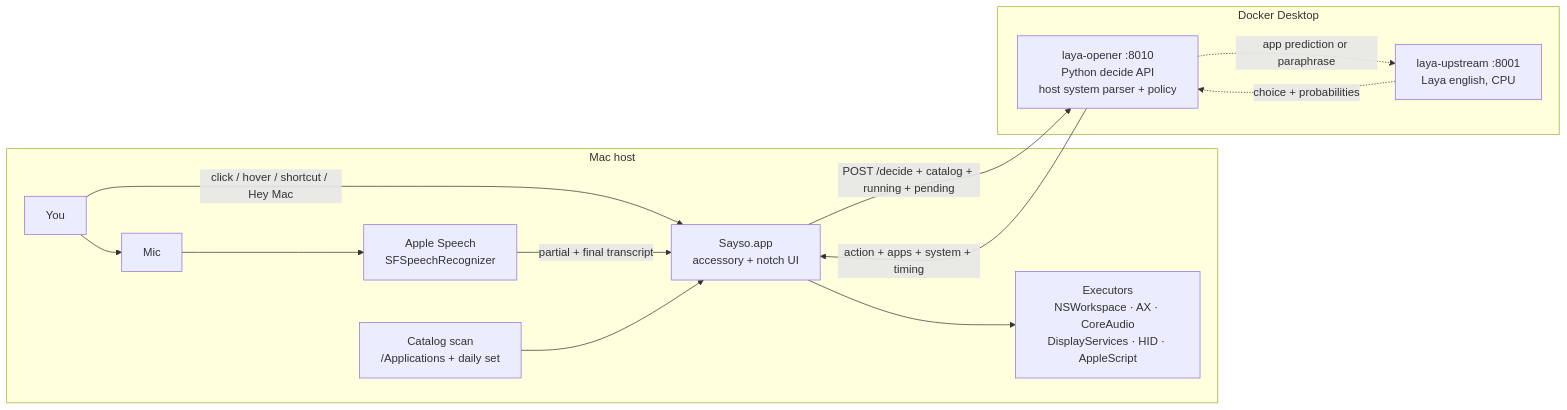
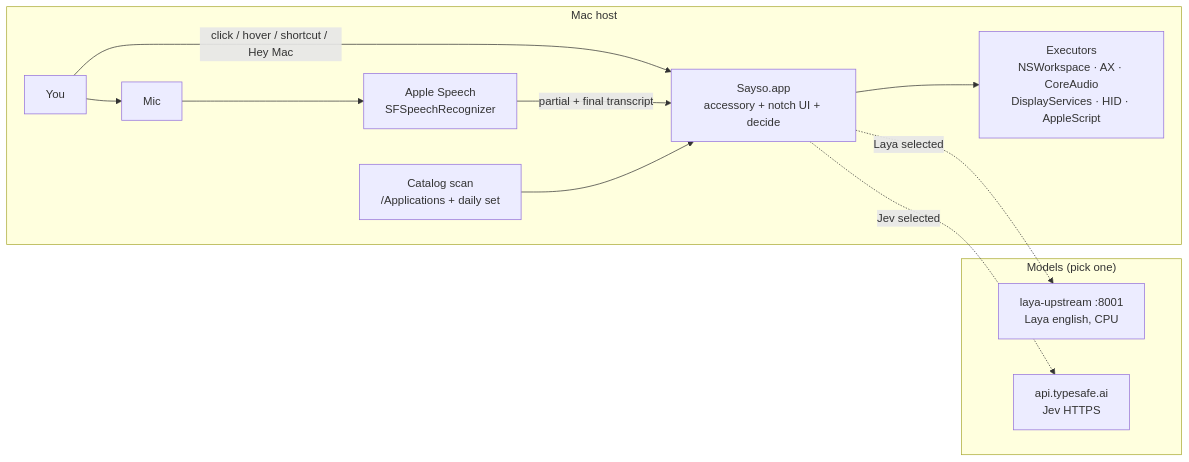
The first of 2 diagrams in docs/how-it-works.md (AshutoshKY/sayso), drawn with Mermaid before and after one commit. The commit also changed other lines of this file and 24 other files, not shown here.

First line of the commit message:
feat: default Off engine, Jev/Laya optional, v0.2.0 installer

````diff
--- a/docs/how-it-works.md
+++ b/docs/how-it-works.md
@@ -79,27 +80,25 @@
 ```mermaid
 flowchart LR
   subgraph macHost["Mac host"]
     User["You"]
     Mic["Mic"]
-    Notch["Sayso.app<br/>accessory + notch UI"]
+    Notch["Sayso.app<br/>accessory + notch UI + decide"]
     Speech["Apple Speech<br/>SFSpeechRecognizer"]
     Scan["Catalog scan<br/>/Applications + daily set"]
     Launch["Executors<br/>NSWorkspace · AX · CoreAudio<br/>DisplayServices · HID · AppleScript"]
   end
 
-  subgraph docker["Docker Desktop"]
-    Opener["laya-opener :8010<br/>Python decide API<br/>host system parser + policy"]
+  subgraph models["Models (pick one)"]
     Laya["laya-upstream :8001<br/>Laya english, CPU"]
+    Jev["api.typesafe.ai<br/>Jev HTTPS"]
   end
 
   User -->|click / hover / shortcut / Hey Mac| Notch
   User --> Mic
   Mic --> Speech
   Speech -->|partial + final transcript| Notch
   Scan --> Notch
-  Notch -->|POST /decide + catalog + running + pending| Opener
-  Opener -.->|app prediction or paraphrase| Laya
-  Laya -.->|choice + probabilities| Opener
-  Opener -->|action + apps + system + timing| Notch
+  Notch -.->|Laya selected| Laya
+  Notch -.->|Jev selected| Jev
   Notch --> Launch
 ```
````
